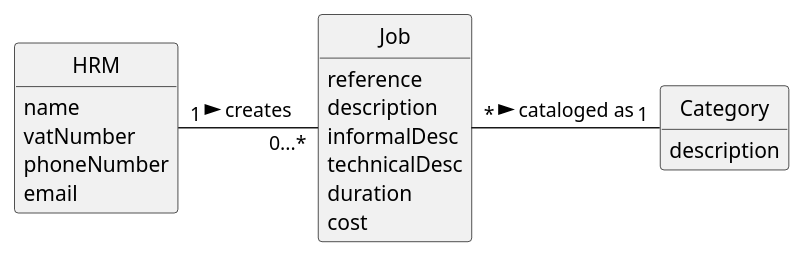
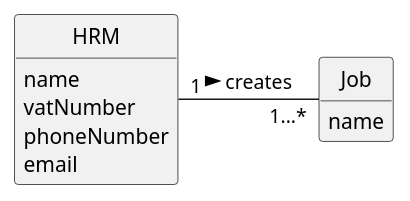
Before and after one commit to tiagosoa/lei-24-s2-1dgh-g073: the diagram in docs/sprintA/us002/02.analysis/puml/us002-domain-model.puml, drawn with PlantUML. The commit also changed 25 other files, not shown here.

```diff
--- a/docs/sprintA/us002/02.analysis/puml/us002-domain-model.puml
+++ b/docs/sprintA/us002/02.analysis/puml/us002-domain-model.puml
@@ -1,52 +1,42 @@
 @startuml
 skinparam monochrome true
 skinparam packageStyle rectangle
 skinparam shadowing false
 
 'left to right direction
 
 skinparam classAttributeIconSize 0
 
 hide circle
 hide methods
 
 'title Domain Model
 
 'class Platform {
 '  -description
 '}
 
 class HRM {
     name
     vatNumber
     phoneNumber
     email
 }
 
 class Job {
-    reference
-    description
-    informalDesc
-    technicalDesc
-    duration
-    cost
-}
-
-class Category {
-    description
+    name
 }
 
 'class Collaborator {
     'name
     'email
     'password
 '}
 
 'Platform "1" -- "*" HRM : has registered >
 'Platform "1" -- "*" Category : defines >
-HRM "1" - "0...*" Job: creates >
+HRM "1" - "1...*" Job: creates >
 'Job "*" -- "1" HRM: created by >
 'HRM "0..1" -- "1" User: acts as >
-Job "*" - "1" Category: cataloged as >
 'Job "*" - "*" Collaborator: may be attributed to >
 @enduml
```
